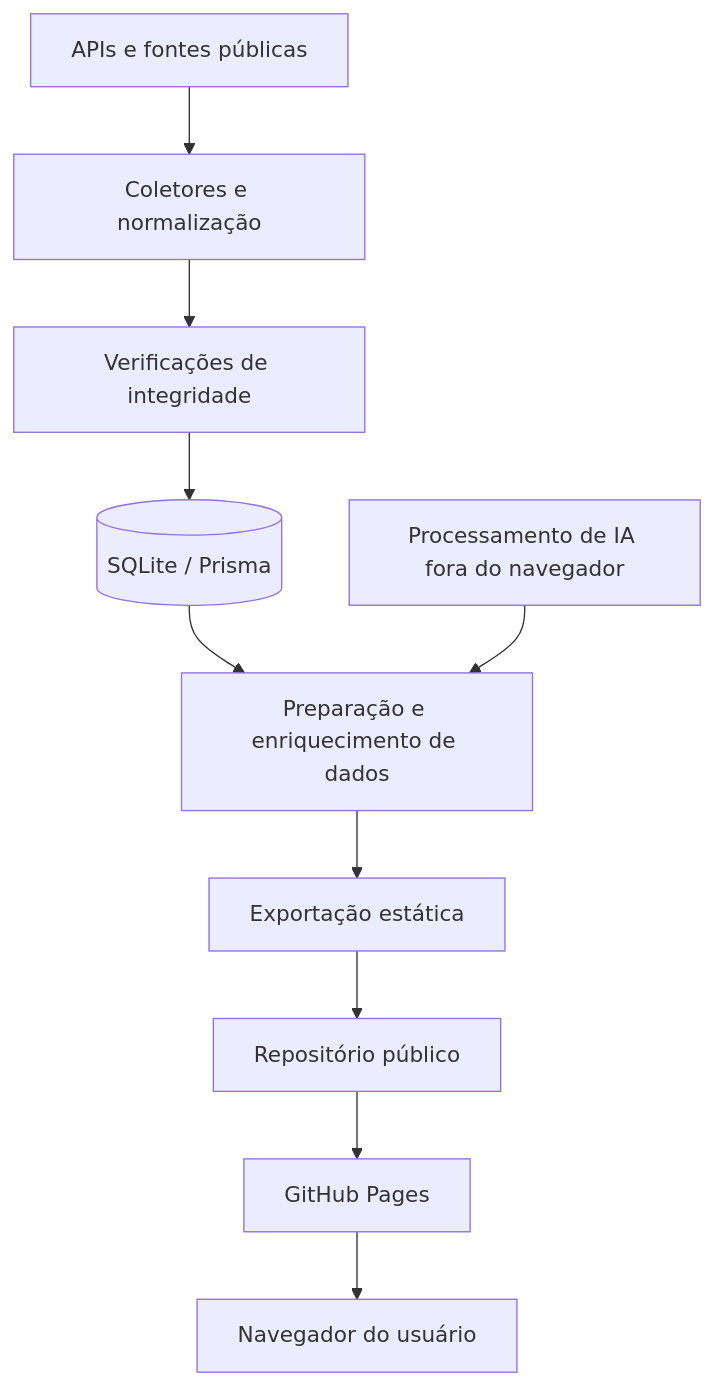
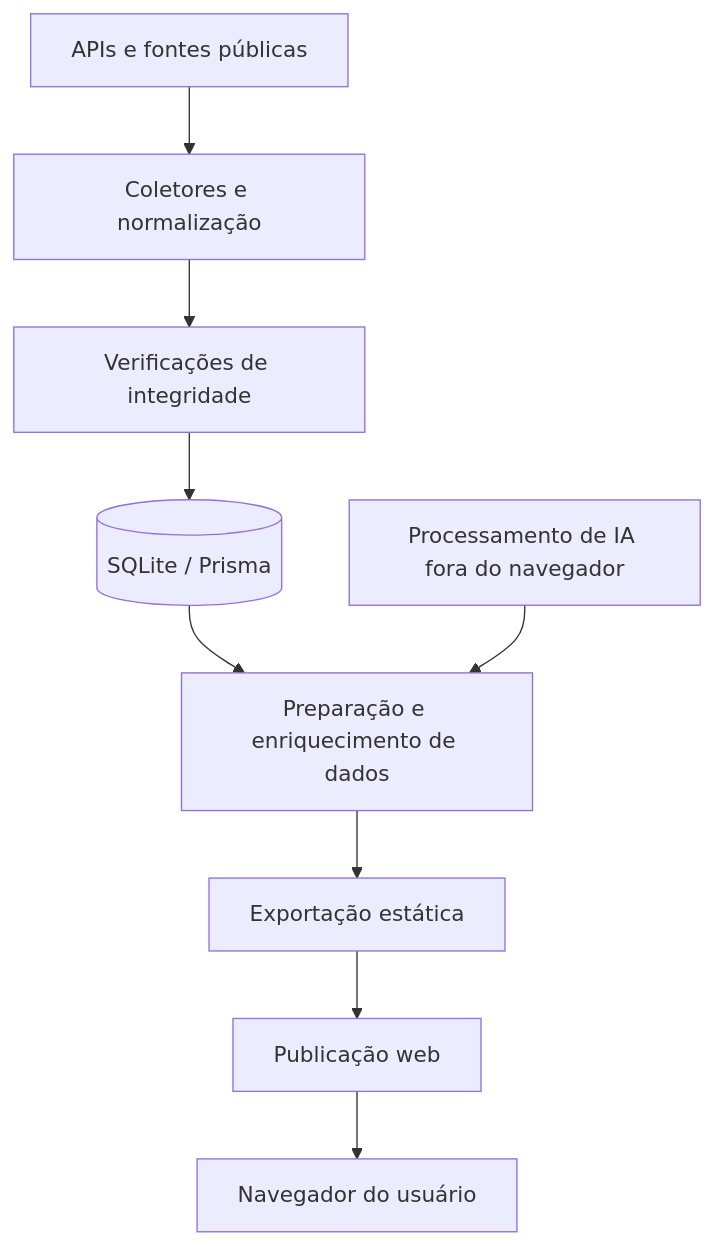
One commit to leomoreiraa/ruido changed the diagram in README.md. Above: the diagram before and after it, drawn with Mermaid. The commit also changed other lines of this file, not shown here.

````diff
--- a/README.md
+++ b/README.md
@@ -86,12 +122,11 @@
 ```mermaid
 flowchart TD
     A["APIs e fontes públicas"] --> B["Coletores e normalização"]
     B --> C["Verificações de integridade"]
     C --> D[("SQLite / Prisma")]
     D --> E["Preparação e enriquecimento de dados"]
     E --> F["Exportação estática"]
-    F --> G["Repositório público"]
-    G --> H["GitHub Pages"]
+    F --> H["Publicação web"]
     H --> I["Navegador do usuário"]
     J["Processamento de IA fora do navegador"] --> E
 ```
````
